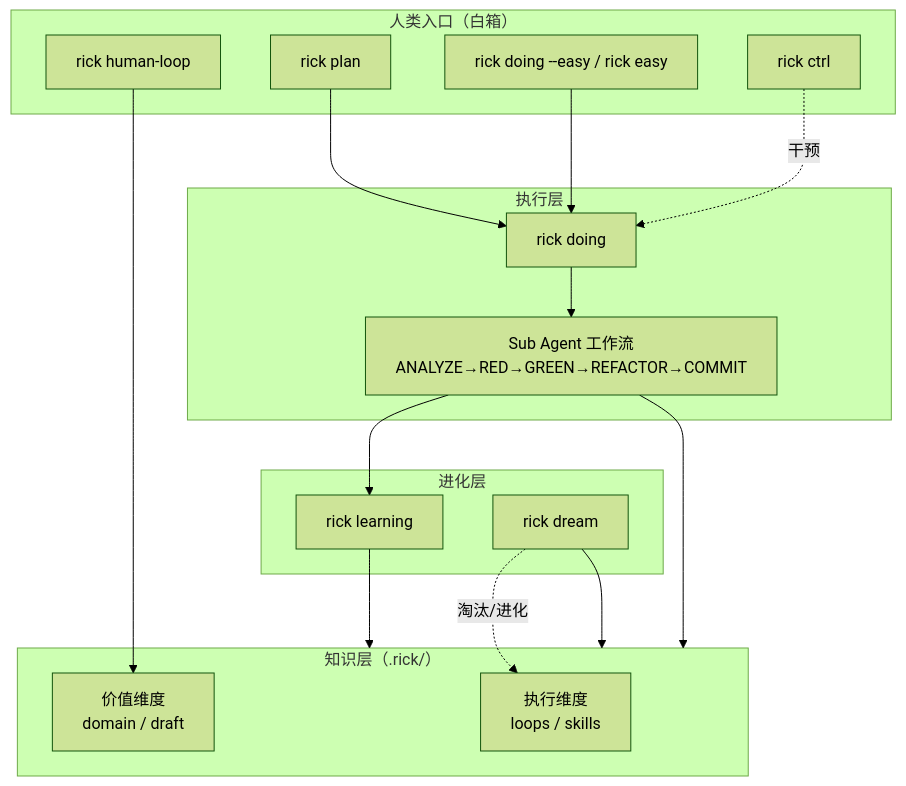
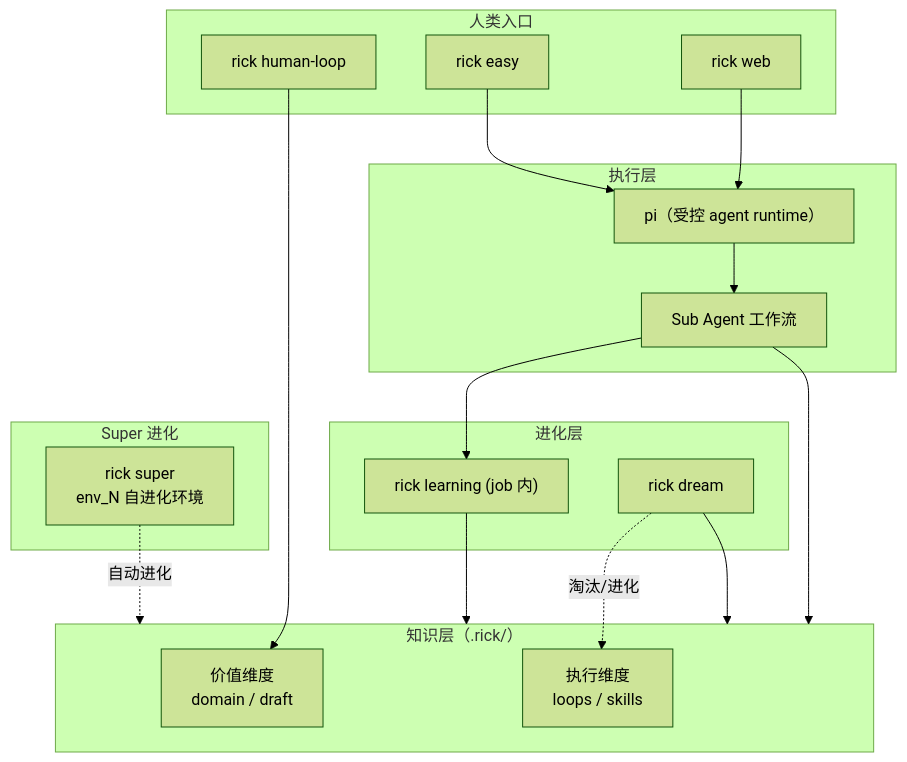
The first of 2 diagrams in README.md (logic-math/rick), drawn with Mermaid (forest theme) before and after one commit. The commit also changed other lines of this file, not shown here.

Commit message:
docs: README v6.0.0 重写——删除已废弃的 plan/doing/learning/ctrl 命令文档；新增 Web UI 功能清单（subagent 深度展示/token 监控/自动压缩/游标跨设备/懒加载/单 URL 模式/草稿服务端）；新增 Super 模式文档（env_N 概念/Web UI 集成）；更新架构图与命令表

````diff
--- a/README.md
+++ b/README.md
@@ -5,35 +5,38 @@
 ```mermaid
 flowchart TB
-    subgraph Human["人类入口（白箱）"]
+    subgraph Human["人类入口"]
         HL["rick human-loop"]
-        PLAN["rick plan"]
-        EASY["rick doing --easy / rick easy"]
-        CTRL["rick ctrl"]
+        EASY["rick easy"]
+        WEB["rick web"]
     end
 
     subgraph Exec["执行层"]
-        DOING["rick doing"]
-        SUB["Sub Agent 工作流<br/>ANALYZE→RED→GREEN→REFACTOR→COMMIT"]
+        PI["pi（受控 agent runtime）"]
+        SUB["Sub Agent 工作流"]
     end
 
     subgraph Knowledge["知识层（.rick/）"]
         EXEC_DIM["执行维度<br/>loops / skills"]
         VAL_DIM["价值维度<br/>domain / draft"]
     end
 
     subgraph Evolve["进化层"]
-        LEARN["rick learning"]
+        LEARN["rick learning (job 内)"]
         DREAM["rick dream"]
     end
 
-    PLAN --> DOING
-    EASY --> DOING
-    DOING --> SUB
+    subgraph SuperEvolve["Super 进化"]
+        SUPER["rick super<br/>env_N 自进化环境"]
+    end
+
+    EASY --> PI
+    WEB --> PI
+    PI --> SUB
     SUB --> Knowledge
-    CTRL -.干预.-> DOING
     HL --> VAL_DIM
     SUB --> LEARN
     LEARN --> Knowledge
     DREAM --> Knowledge
     DREAM -.淘汰/进化.-> EXEC_DIM
+    SUPER -.自动进化.-> Knowledge
 ```
````
